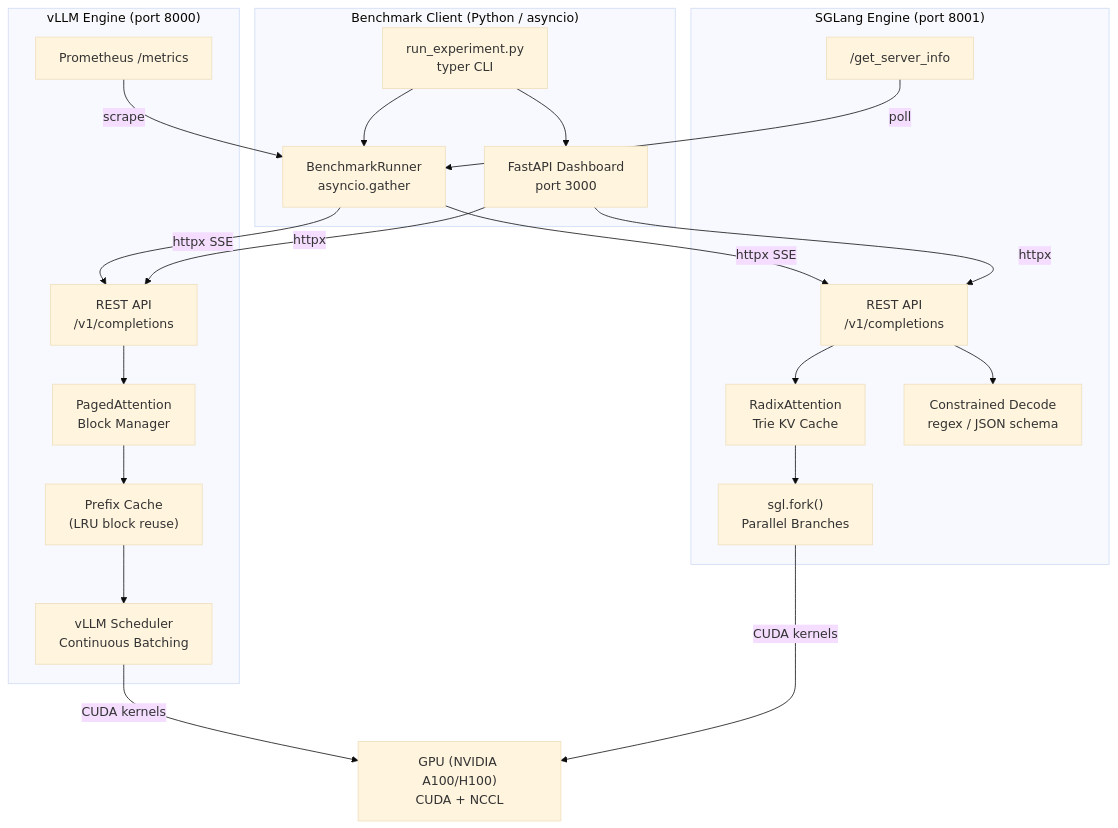
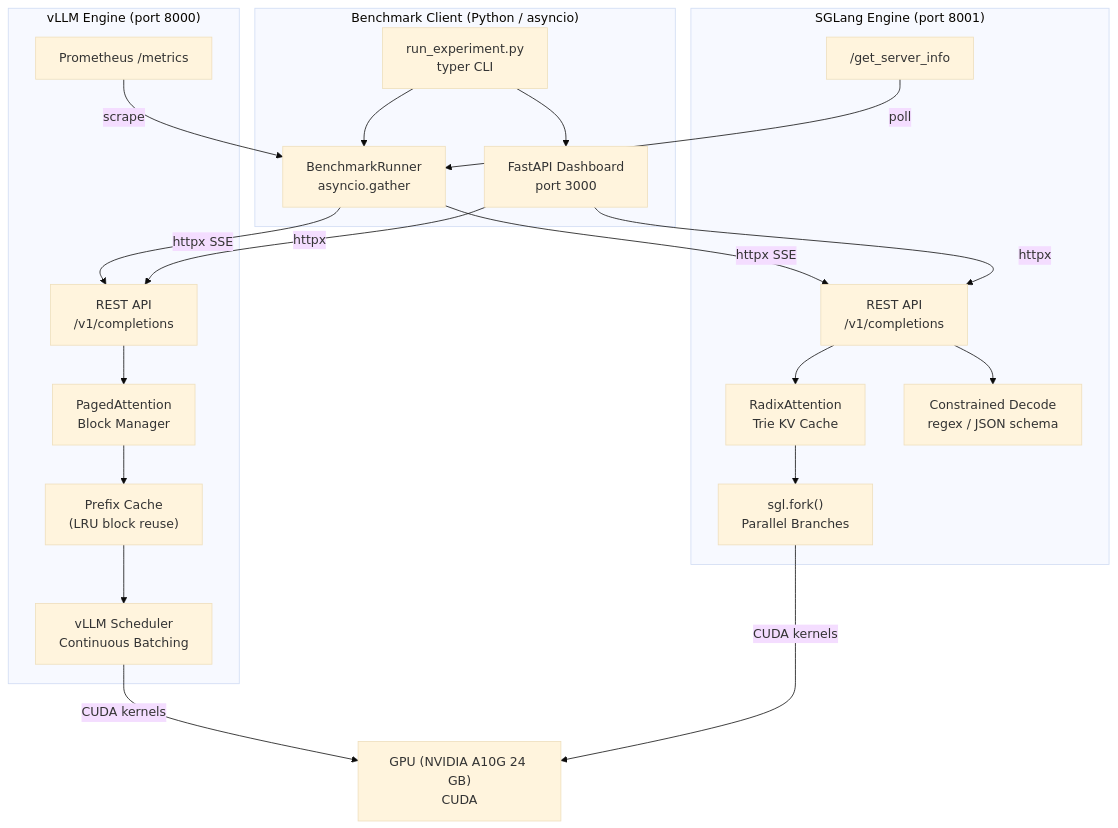
The diagram in README.md (varad-more/inference-engine-benchmark-system), drawn with Mermaid (base theme) before and after one commit. The commit also changed other lines of this file and 13 other files, not shown here.

````diff
--- a/README.md
+++ b/README.md
@@ -30,40 +30,40 @@
 ```mermaid
 graph TB
     subgraph Client["Benchmark Client (Python / asyncio)"]
         CLI["run_experiment.py<br/>typer CLI"]
         Runner["BenchmarkRunner<br/>asyncio.gather"]
         Dashboard["FastAPI Dashboard<br/>port 3000"]
     end
 
     subgraph vLLM["vLLM Engine (port 8000)"]
         VR["REST API<br/>/v1/completions"]
         PA["PagedAttention<br/>Block Manager"]
         PC["Prefix Cache<br/>(LRU block reuse)"]
         VG["vLLM Scheduler<br/>Continuous Batching"]
         VM["Prometheus /metrics"]
         VR --> PA --> PC --> VG
     end
 
     subgraph SGLang["SGLang Engine (port 8001)"]
         SR["REST API<br/>/v1/completions"]
         RA["RadixAttention<br/>Trie KV Cache"]
         FK["sgl.fork()<br/>Parallel Branches"]
         CD["Constrained Decode<br/>regex / JSON schema"]
         SI["/get_server_info"]
         SR --> RA --> FK
         SR --> CD
     end
 
-    GPU["GPU (NVIDIA A100/H100)<br/>CUDA + NCCL"]
+    GPU["GPU (NVIDIA A10G 24 GB)<br/>CUDA"]
 
     Runner -->|"httpx SSE"| VR
     Runner -->|"httpx SSE"| SR
     CLI --> Runner
     CLI --> Dashboard
     Dashboard -->|"httpx"| VR
     Dashboard -->|"httpx"| SR
     VG -->|"CUDA kernels"| GPU
     FK -->|"CUDA kernels"| GPU
     VM -->|"scrape"| Runner
     SI -->|"poll"| Runner
 ```
````
